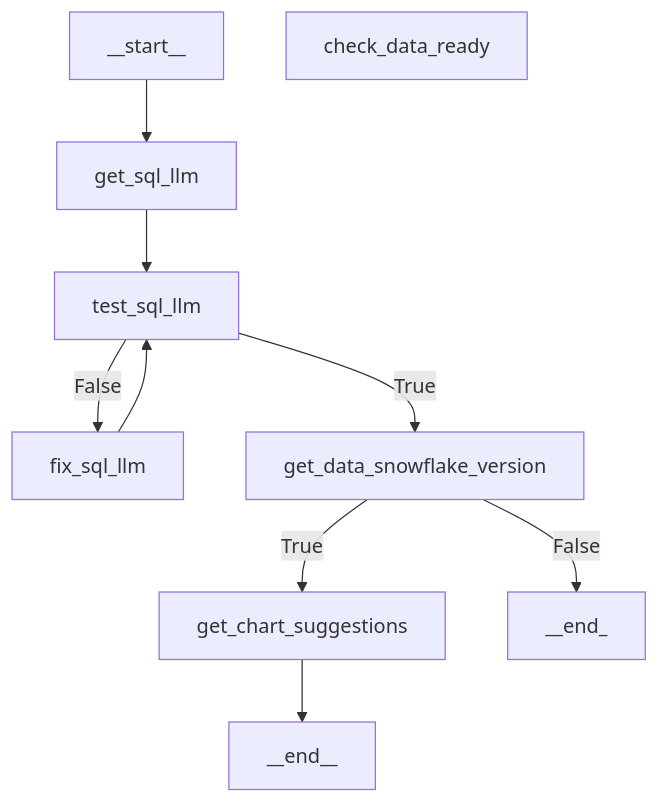
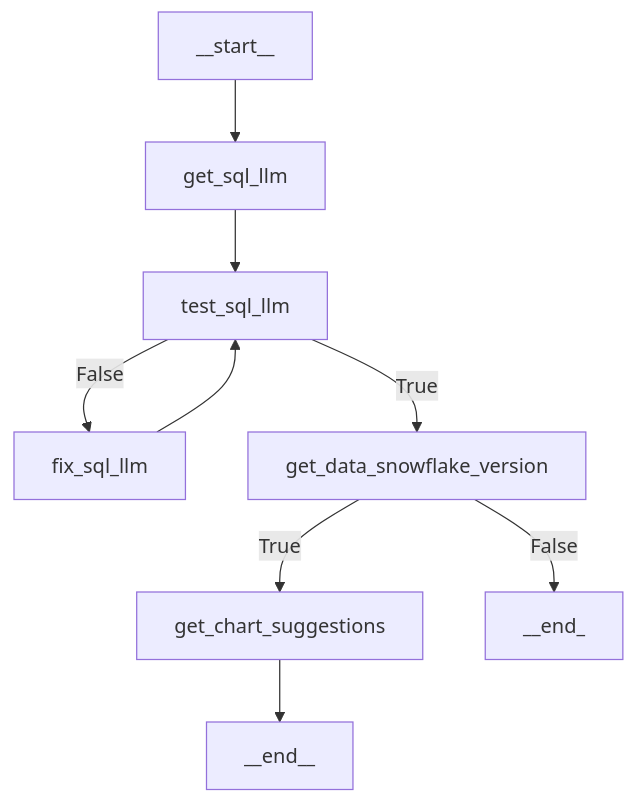
The diagram in generative_ai/langgraph_architectural_diagram.md (austinTracy7/Portfolio), drawn with Mermaid before and after one commit.

````diff
--- a/generative_ai/langgraph_architectural_diagram.md
+++ b/generative_ai/langgraph_architectural_diagram.md
@@ -1,20 +1,19 @@
 ```mermaid
 flowchart TD
     __start__["__start__"]
     fix_sql_llm["fix_sql_llm"]
     get_sql_llm["get_sql_llm"]
     test_sql_llm["test_sql_llm"]
-    check_data_ready["check_data_ready"]
     get_data_snowflake_version["get_data_snowflake_version"]
     get_chart_suggestions["get_chart_suggestions"]
     __end__["__end__"]
 
     __start__ --> get_sql_llm
     fix_sql_llm --> test_sql_llm
     get_chart_suggestions --> __end__
     get_sql_llm --> test_sql_llm
     test_sql_llm -- True --> get_data_snowflake_version
     test_sql_llm -- False --> fix_sql_llm
     get_data_snowflake_version -- True --> get_chart_suggestions
     get_data_snowflake_version -- False --> __end_
 ```
````
